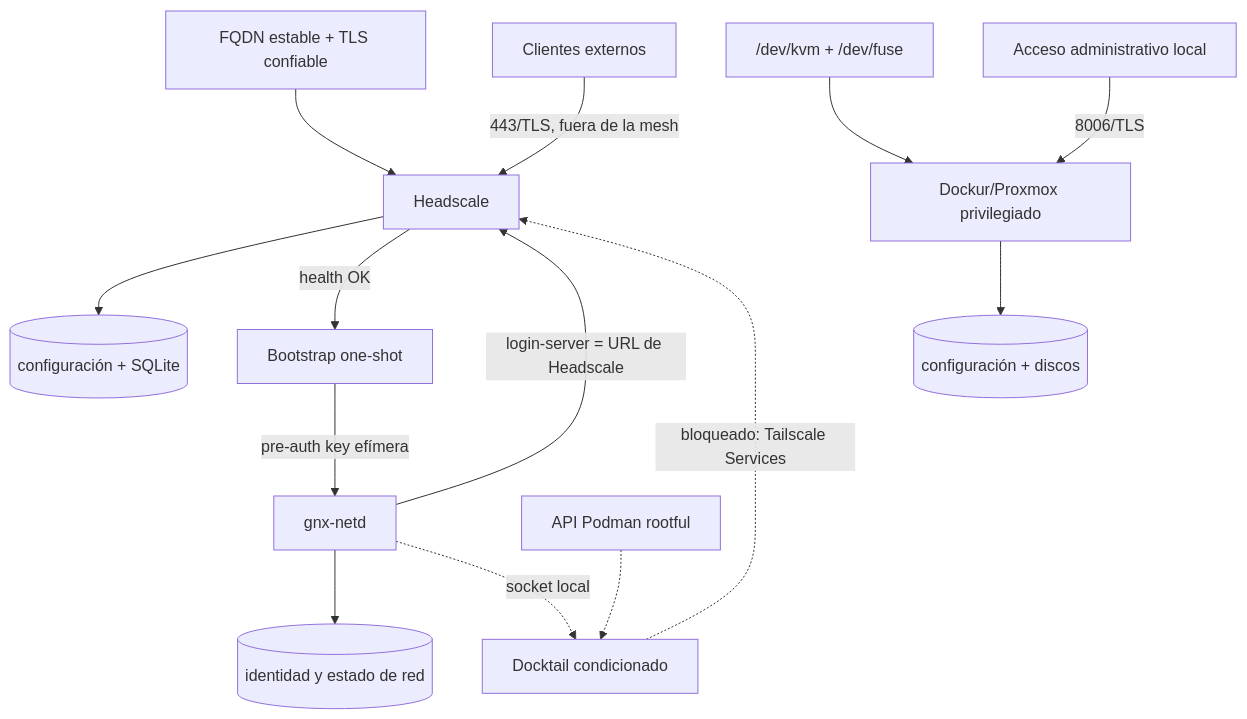
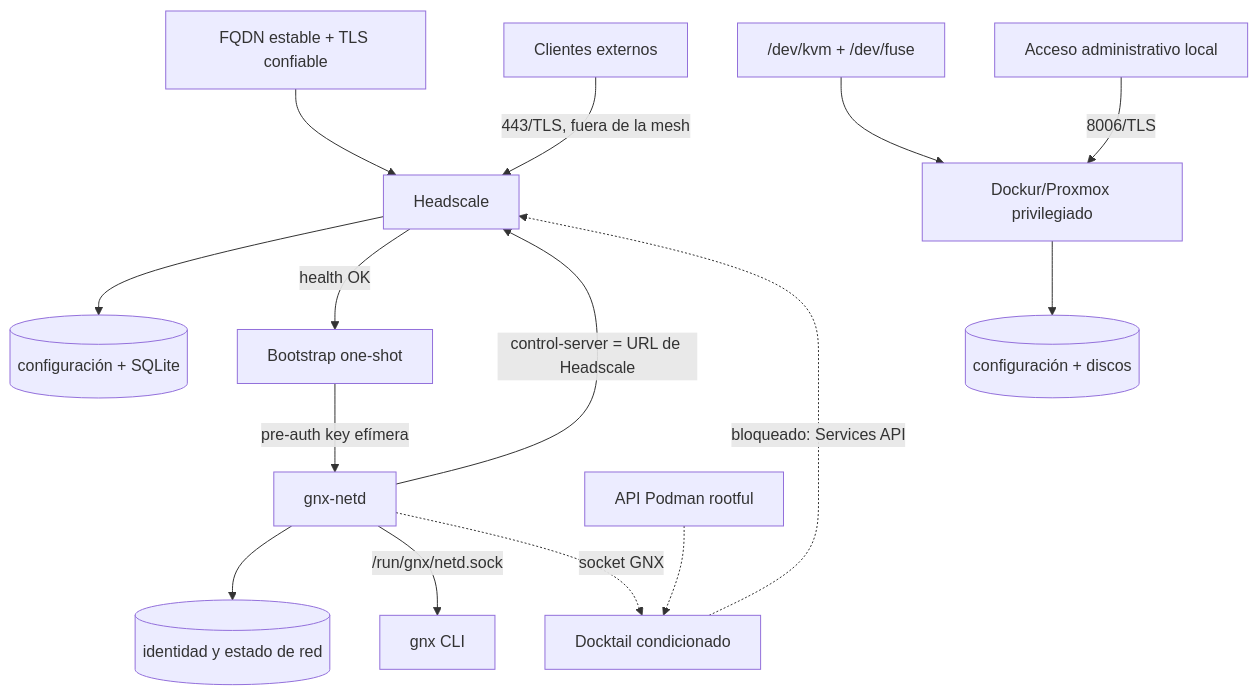
Before and after one commit to mayas-alas/quetzalcoatl: the second of 3 diagrams in docs/architecture.md, drawn with Mermaid. The commit also changed other lines of this file and 3 other files, not shown here.

Commit message:
docs: define GNX socket contract

````diff
--- a/docs/architecture.md
+++ b/docs/architecture.md
@@ -72,18 +72,19 @@
 ```mermaid
 flowchart TB
     DNS["FQDN estable + TLS confiable"] --> HS["Headscale"]
     HS --> HSD[("configuración + SQLite")]
     HS -->|"health OK"| BOOT["Bootstrap one-shot"]
     BOOT -->|"pre-auth key efímera"| TS["gnx-netd"]
-    TS -->|"login-server = URL de Headscale"| HS
+    TS -->|"control-server = URL de Headscale"| HS
     TS --> TSD[("identidad y estado de red")]
 
     PODMAN["API Podman rootful"] -.-> DT["Docktail condicionado"]
-    TS -.->|"socket local"| DT
-    DT -.->|"bloqueado: Tailscale Services"| HS
+    TS -->|"/run/gnx/netd.sock"| CLI["gnx CLI"]
+    TS -.->|"socket GNX"| DT
+    DT -.->|"bloqueado: Services API"| HS
 
     KVM["/dev/kvm + /dev/fuse"] --> PVE["Dockur/Proxmox privilegiado"]
     PVE --> PVED[("configuración + discos")]
     LOCAL["Acceso administrativo local"] -->|"8006/TLS"| PVE
     REMOTE["Clientes externos"] -->|"443/TLS, fuera de la mesh"| HS
 ```
````
